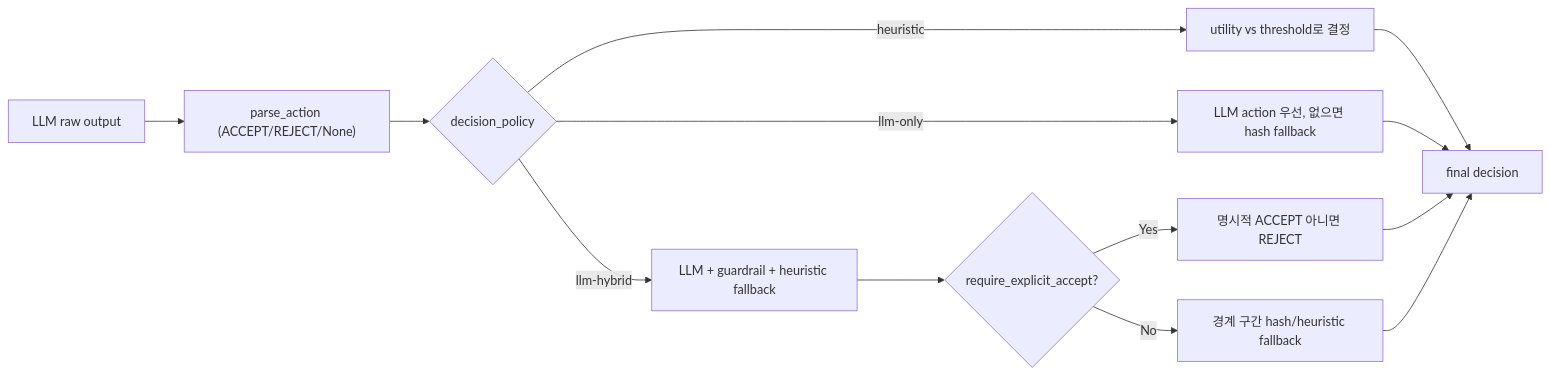
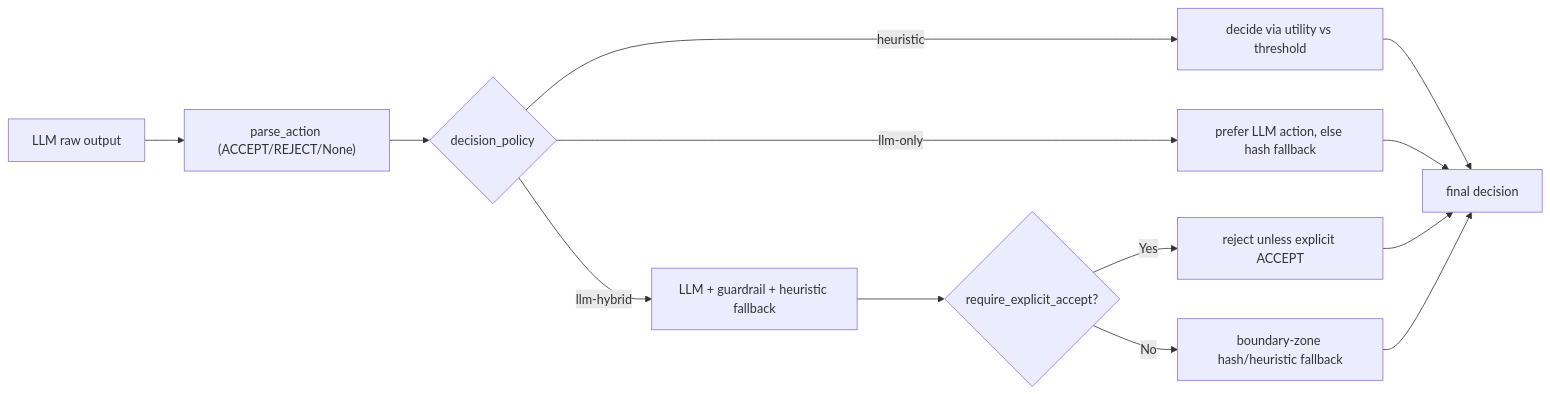
The second of 3 diagrams in docs/NEGOTIATION_MESSAGE_FLOW.md (minsub0922/Agent-Negotiation-Bench), drawn with Mermaid before and after one commit. The commit also changed other lines of this file and 9 other files, not shown here.

````diff
--- a/docs/NEGOTIATION_MESSAGE_FLOW.md
+++ b/docs/NEGOTIATION_MESSAGE_FLOW.md
@@ -111,18 +110,18 @@
 ```mermaid
 flowchart LR
     A["LLM raw output"] --> B["parse_action (ACCEPT/REJECT/None)"]
     B --> C{"decision_policy"}
 
-    C -->|"heuristic"| H["utility vs threshold로 결정"]
-    C -->|"llm-only"| L["LLM action 우선, 없으면 hash fallback"]
+    C -->|"heuristic"| H["decide via utility vs threshold"]
+    C -->|"llm-only"| L["prefer LLM action, else hash fallback"]
     C -->|"llm-hybrid"| M["LLM + guardrail + heuristic fallback"]
 
     M --> X{"require_explicit_accept?"}
-    X -->|"Yes"| E["명시적 ACCEPT 아니면 REJECT"]
-    X -->|"No"| G["경계 구간 hash/heuristic fallback"]
+    X -->|"Yes"| E["reject unless explicit ACCEPT"]
+    X -->|"No"| G["boundary-zone hash/heuristic fallback"]
 
     H --> O["final decision"]
     L --> O
     E --> O
     G --> O
 ```
````
